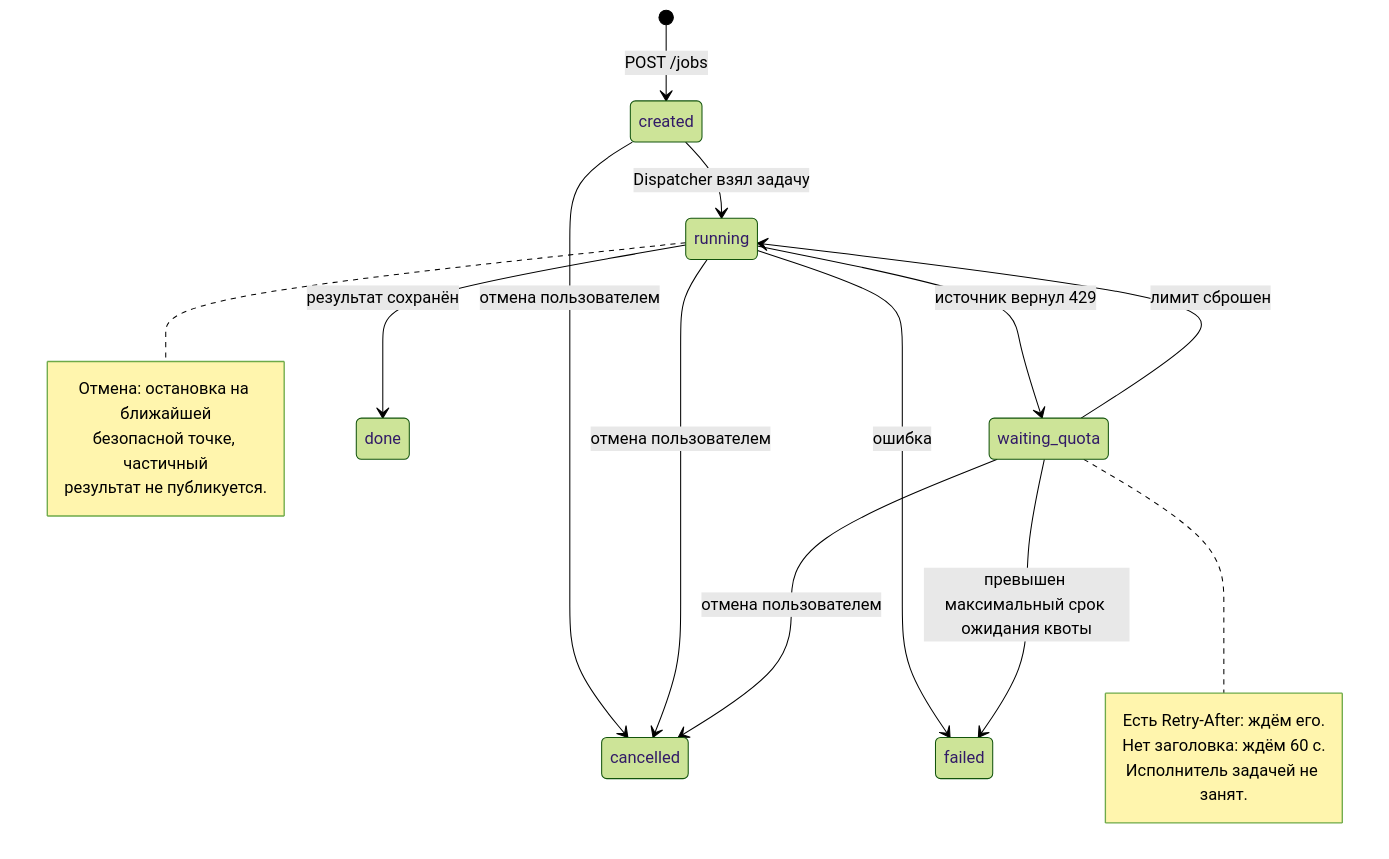
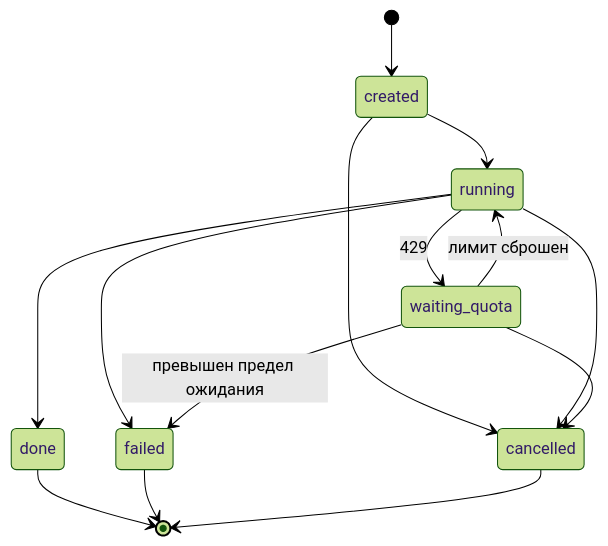
One commit to AIProgramIngeneering2026/team-arkod changed the diagram in docs/requirements.md. Above: the diagram before and after it, drawn with Mermaid (forest theme). The commit also changed other lines of this file and 1 other file, not shown here.

Commit message:
docs: dispatcher и requirements.md

````diff
--- a/docs/requirements.md
+++ b/docs/requirements.md
@@ -206,28 +206,16 @@
 ```mermaid
 stateDiagram-v2
-    [*] --> created: POST /jobs
-
-    created --> running: Dispatcher взял задачу
-    created --> cancelled: отмена пользователем
-
-    running --> waiting_quota: источник вернул 429
-    running --> done: результат сохранён
-    running --> failed: ошибка
-    running --> cancelled: отмена пользователем
-
+    [*] --> created
+    created --> running
+    running --> waiting_quota: 429
     waiting_quota --> running: лимит сброшен
-    waiting_quota --> failed: превышен максимальный срок ожидания квоты
-    waiting_quota --> cancelled: отмена пользователем
-
-    note right of running
-        Отмена: остановка на ближайшей
-        безопасной точке, частичный
-        результат не публикуется.
-    end note
-
-    note right of waiting_quota
-        Есть Retry-After: ждём его.
-        Нет заголовка: ждём 60 с.
-        Исполнитель задачей не занят.
-    end note
+    running --> done
+    running --> failed
+    waiting_quota --> failed: превышен предел ожидания
+    created --> cancelled
+    running --> cancelled
+    waiting_quota --> cancelled
+    done --> [*]
+    failed --> [*]
+    cancelled --> [*]
 ```
````
